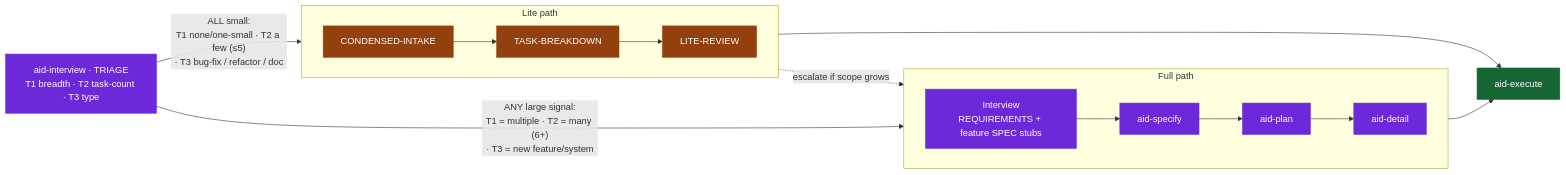
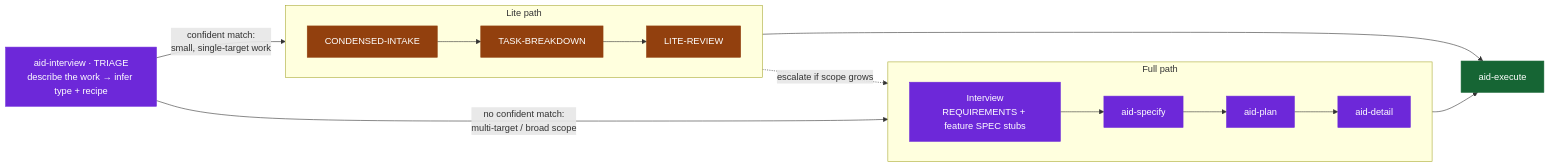
Before and after one commit to AndreVianna/aid-methodology: the second of 3 diagrams in README.md, drawn with Mermaid. The commit also changed other lines of this file and 3 other files, not shown here.

````diff
--- a/README.md
+++ b/README.md
@@ -167,29 +167,29 @@
 ```mermaid
 flowchart LR
     classDef def   fill:#6D28D9,stroke:#6D28D9,color:#ffffff
     classDef exe   fill:#166534,stroke:#166534,color:#ffffff
     classDef lite  fill:#92400E,stroke:#92400E,color:#ffffff
 
-    Triage["aid-interview · TRIAGE<br/>T1 breadth · T2 task-count · T3 type"]:::def
+    Triage["aid-interview · TRIAGE<br/>describe the work → infer type + recipe"]:::def
 
     subgraph FullPath[" Full path "]
         direction LR
         F1["Interview<br/>REQUIREMENTS + feature SPEC stubs"]:::def
         F2["aid-specify"]:::def
         F3["aid-plan"]:::def
         F4["aid-detail"]:::def
     end
     subgraph LitePath[" Lite path "]
         direction LR
         L1["CONDENSED-INTAKE"]:::lite
         L2["TASK-BREAKDOWN"]:::lite
         L3["LITE-REVIEW"]:::lite
     end
     Exec["aid-execute"]:::exe
 
-    Triage -- "ANY large signal:<br/>T1 = multiple · T2 = many (6+)<br/>· T3 = new feature/system" --> F1
+    Triage -- "no confident match:<br/>multi-target / broad scope" --> F1
     F1 --> F2 --> F3 --> F4 --> Exec
-    Triage -- "ALL small:<br/>T1 none/one-small · T2 a few (≤5)<br/>· T3 bug-fix / refactor / doc" --> L1
+    Triage -- "confident match:<br/>small, single-target work" --> L1
     L1 --> L2 --> L3 --> Exec
     L3 -. "escalate if scope grows" .-> F1
 ```
````
